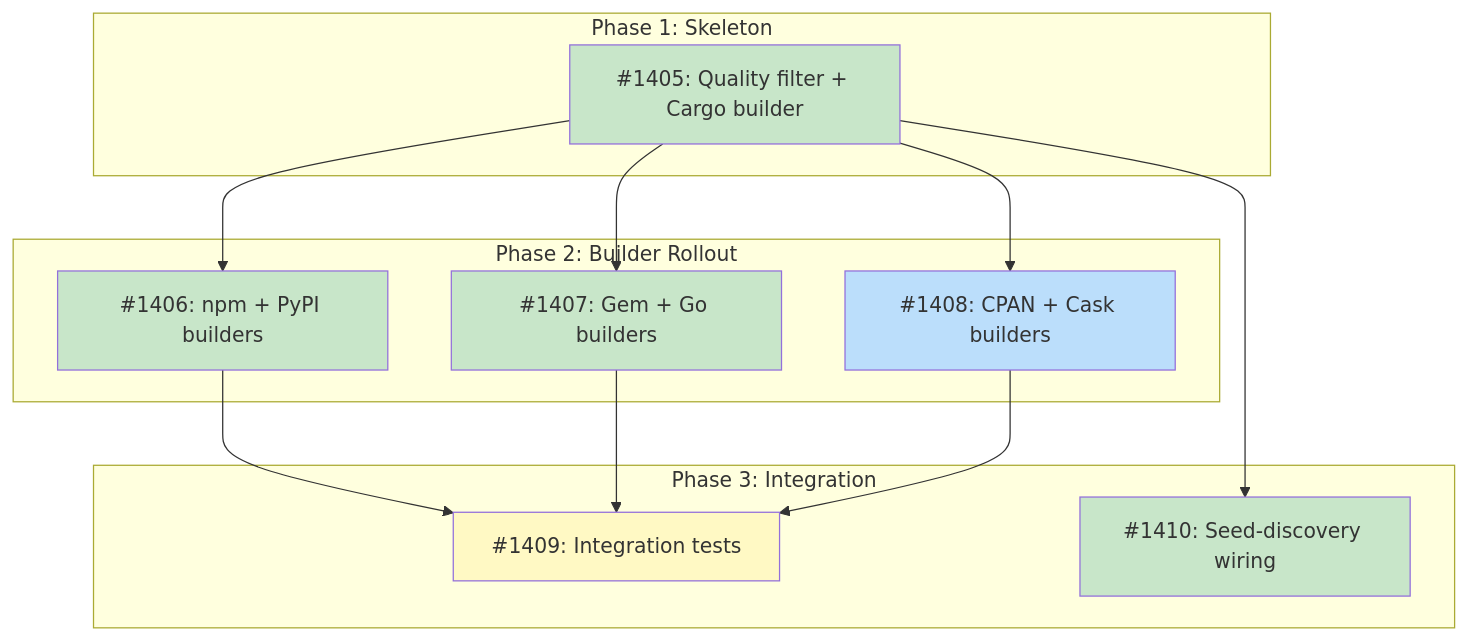
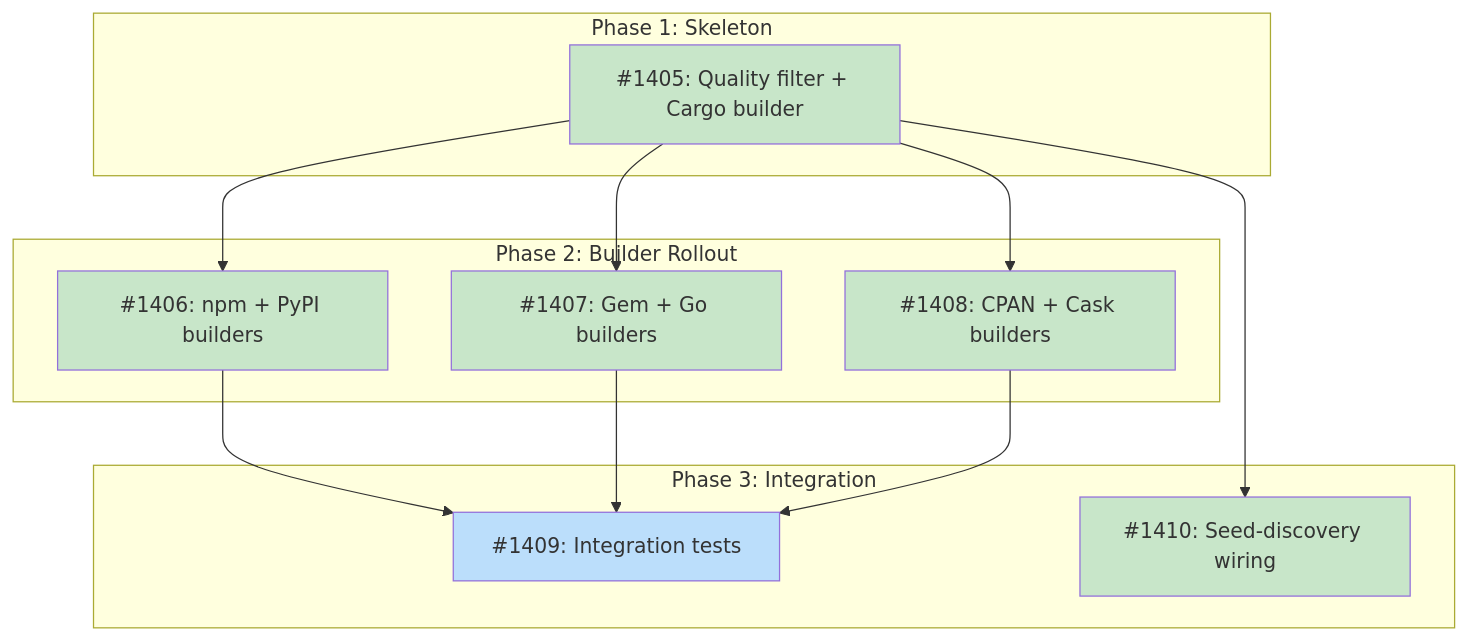
Before and after one commit to tsukumogami/tsuku: the diagram in docs/designs/DESIGN-probe-quality-filtering.md, drawn with Mermaid. The commit also changed other lines of this file, not shown here.

Commit message:
docs(design): mark issue 1408 complete in probe-quality-filtering

````diff
--- a/docs/designs/DESIGN-probe-quality-filtering.md
+++ b/docs/designs/DESIGN-probe-quality-filtering.md
@@ -38,37 +38,37 @@
 ```mermaid
 graph TD
     subgraph Phase1["Phase 1: Skeleton"]
         I1405["#1405: Quality filter + Cargo builder"]
     end
 
     subgraph Phase2["Phase 2: Builder Rollout"]
         I1406["#1406: npm + PyPI builders"]
         I1407["#1407: Gem + Go builders"]
         I1408["#1408: CPAN + Cask builders"]
     end
 
     subgraph Phase3["Phase 3: Integration"]
         I1409["#1409: Integration tests"]
         I1410["#1410: Seed-discovery wiring"]
     end
 
     I1405 --> I1406
     I1405 --> I1407
     I1405 --> I1408
     I1406 --> I1409
     I1407 --> I1409
     I1408 --> I1409
     I1405 --> I1410
 
     classDef done fill:#c8e6c9
     classDef ready fill:#bbdefb
     classDef blocked fill:#fff9c4
     classDef needsDesign fill:#e1bee7
 
     class I1405 done
     class I1406 done
     class I1407 done
-    class I1408 ready
+    class I1408 done
     class I1410 done
-    class I1409 blocked
+    class I1409 ready
 ```
````
